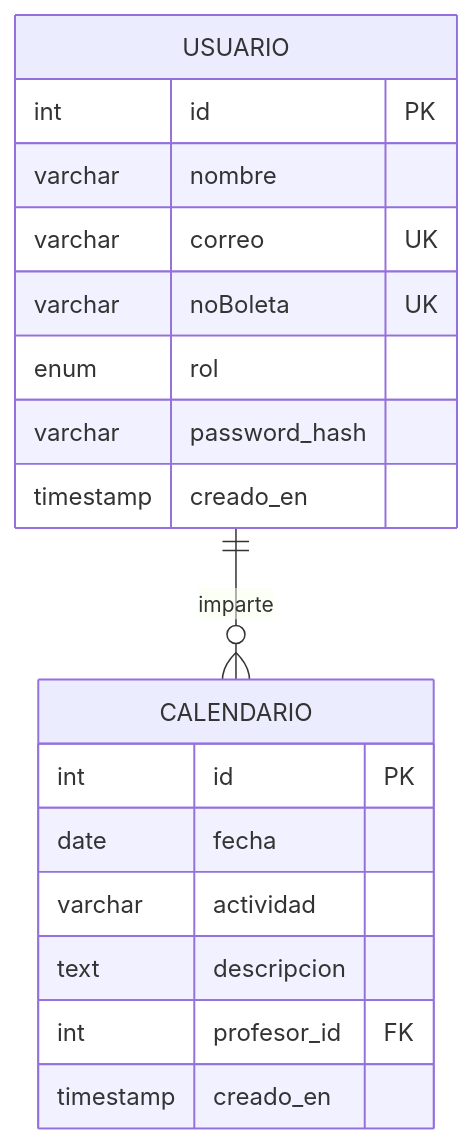
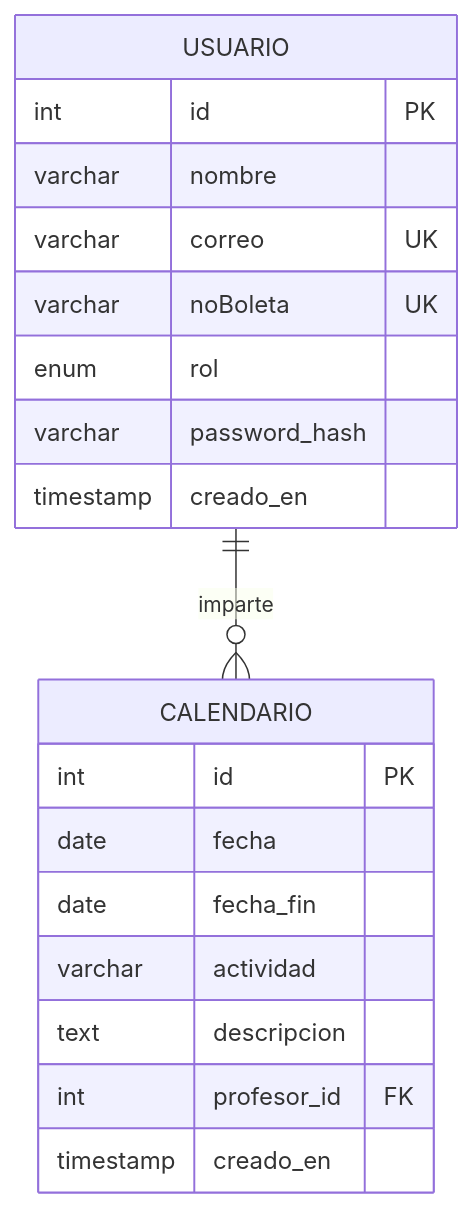
Before and after one commit to frida2090/PROTTOCOL: the diagram in database/entidad-relacion.md, drawn with Mermaid. The commit also changed 3 other files, not shown here.

````diff
--- a/database/entidad-relacion.md
+++ b/database/entidad-relacion.md
@@ -3,21 +3,22 @@
 ```mermaid
 erDiagram
     USUARIO ||--o{ CALENDARIO : "imparte"
     USUARIO {
         int id PK
         varchar nombre
         varchar correo UK
         varchar noBoleta UK
         enum rol
         varchar password_hash
         timestamp creado_en
     }
     CALENDARIO {
         int id PK
         date fecha
+        date fecha_fin
         varchar actividad
         text descripcion
         int profesor_id FK
         timestamp creado_en
     }
 ```
````
